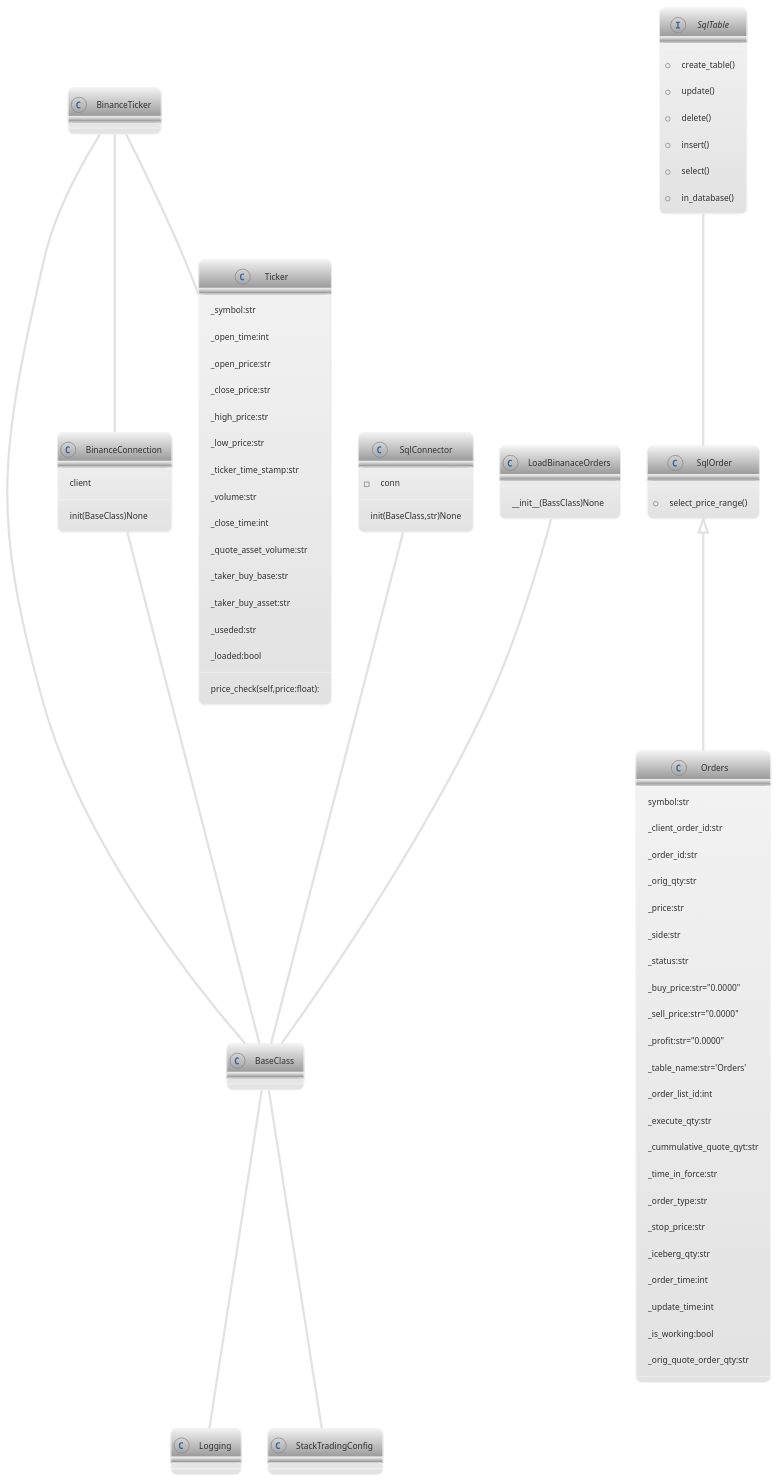
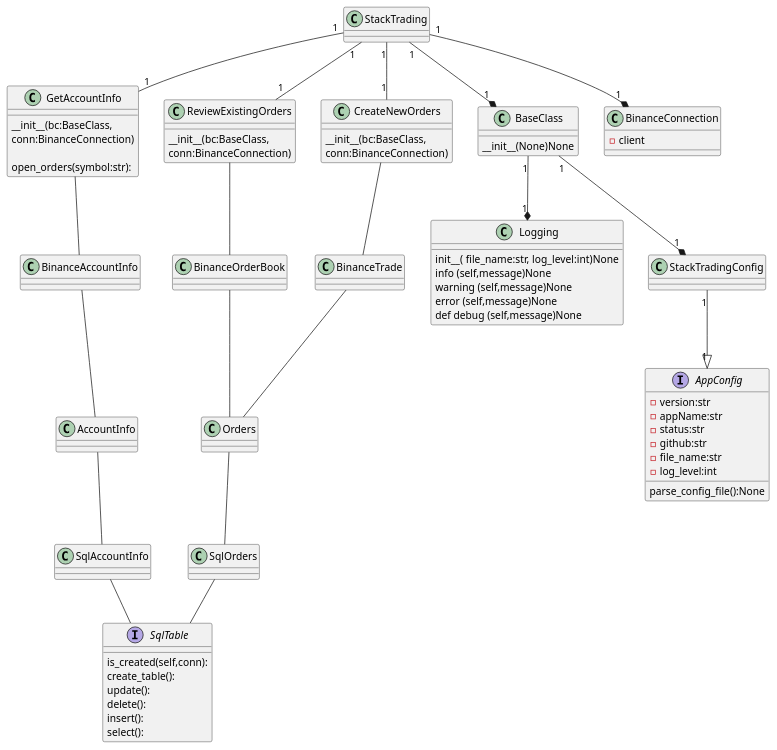
The diagram in UML/stack_trading.plantuml (sbspros/stack_trading), drawn with PlantUML before and after one commit.

Commit message:
Updated UMl Diagram.  Not finished yet

```diff
--- a/UML/stack_trading.plantuml
+++ b/UML/stack_trading.plantuml
@@ -1,130 +1,95 @@
 @startuml
-!theme lightgray
 
-' This is a class diagram for Stack Training
-'   It is a trading strategy I am designing
+class StackTrading{
+
+}
+
+class GetAccountInfo{
+    __init__(bc:BaseClass,
+        conn:BinanceConnection)
+
+    open_orders(symbol:str):
+}
 
 
+class ReviewExistingOrders{
+    __init__(bc:BaseClass,
+        conn:BinanceConnection)    
+}
+
+class CreateNewOrders{
+    __init__(bc:BaseClass,
+        conn:BinanceConnection)
+}
 ' Common Class
 class BaseClass{
+    __init__(None)None
 }
-BaseClass -- Logging
-BaseClass -- StackTradingConfig
 
 
 class Logging{
-
+    init__( file_name:str, log_level:int)None
+    info (self,message)None
+    warning (self,message)None
+    error (self,message)None
+    def debug (self,message)None
 }
 
 class StackTradingConfig{
-
 }
 
 
+'Acts like an abstract and interface
+interface  AppConfig{
+    -version:str
+    -appName:str
+    -status:str
+    -github:str
+    -file_name:str
+    -log_level:int
 
-' ##These are the external connectors
-
-' ## Connector to Binance API
-class BinanceConnection{
-    client
-    init(BaseClass)None
+    parse_config_file():None
 }
-BinanceConnection -- BaseClass
-BinanceTicker -- BinanceConnection
-
-' ##Connector for a Sqlite database
-' conn is a connector to a database
-class SqlConnector{
- 
-    -conn 
-    init(BaseClass,str)None
-}
-SqlConnector -- BaseClass
 
 
-
-
-
-
-
-
-
-
-
-class Ticker{
-   _symbol:str
-    _open_time:int
-    _open_price:str
-    _close_price:str
-    _high_price:str
-    _low_price:str
-    _ticker_time_stamp:str
-    _volume:str
-    _close_time:int
-    _quote_asset_volume:str
-    _taker_buy_base:str
-    _taker_buy_asset:str
-    _useded:str
-    _loaded:bool
-
-price_check(self,price:float):
+class BinanceConnection{
+    -client
 }
 
-class BinanceTicker{
-
-}
-BinanceTicker -- Ticker
-BinanceTicker -- BaseClass
-
-
-
-
-class Orders{
-symbol:str
-    _client_order_id:str
-    _order_id:str
-    _orig_qty:str
-    _price:str
-    _side:str
-    _status:str
-    _buy_price:str="0.0000"
-    _sell_price:str="0.0000"
-    _profit:str="0.0000"
-    _table_name:str='Orders'
-    _order_list_id:int
-    _execute_qty:str
-    _cummulative_quote_qyt:str
-    _time_in_force:str
-    _order_type:str
-    _stop_price:str
-    _iceberg_qty:str
-    _order_time:int
-    _update_time:int
-    _is_working:bool
-    _orig_quote_order_qty:str
+Interface SqlTable{
+    is_created(self,conn):
+    create_table():
+    update():
+    delete():
+    insert():
+    select():
 }
 
-class SqlOrder{
-+select_price_range()
+class AccountInfo{
 }
 
-interface SqlTable{
-+create_table()
-+update()
-+delete()
-+insert()
-+select()
-+in_database()
+class SqlAccountInfo{
 }
 
-class LoadBinanaceOrders{
-__init__(BassClass)None
+class BinanceAccountInfo {
 }
-
-LoadBinanaceOrders -- BaseClass
-
-SqlOrder<|-- Orders
-SqlTable -- SqlOrder
-
+StackTrading "1" -- "1" GetAccountInfo
+StackTrading "1" --* "1"BinanceConnection
+StackTrading "1" -- "1" ReviewExistingOrders
+StackTrading  "1" --*  "1"  BaseClass
+StackTrading "1" -- "1" CreateNewOrders
+CreateNewOrders -- BinanceTrade
+ReviewExistingOrders -- BinanceOrderBook
+BinanceOrderBook -- Orders
+GetAccountInfo -- BinanceAccountInfo
+BinanceTrade -- Orders
+BinanceAccountInfo-- AccountInfo 
+Orders -- SqlOrders
+SqlOrders -- SqlTable
+AccountInfo -- SqlAccountInfo
+SqlAccountInfo -- SqlTable
+BaseClass "1" --*  "1" Logging
+BaseClass  "1" --*  "1"  StackTradingConfig
+StackTradingConfig "1" --|> "1" AppConfig
 
 @enduml
```
